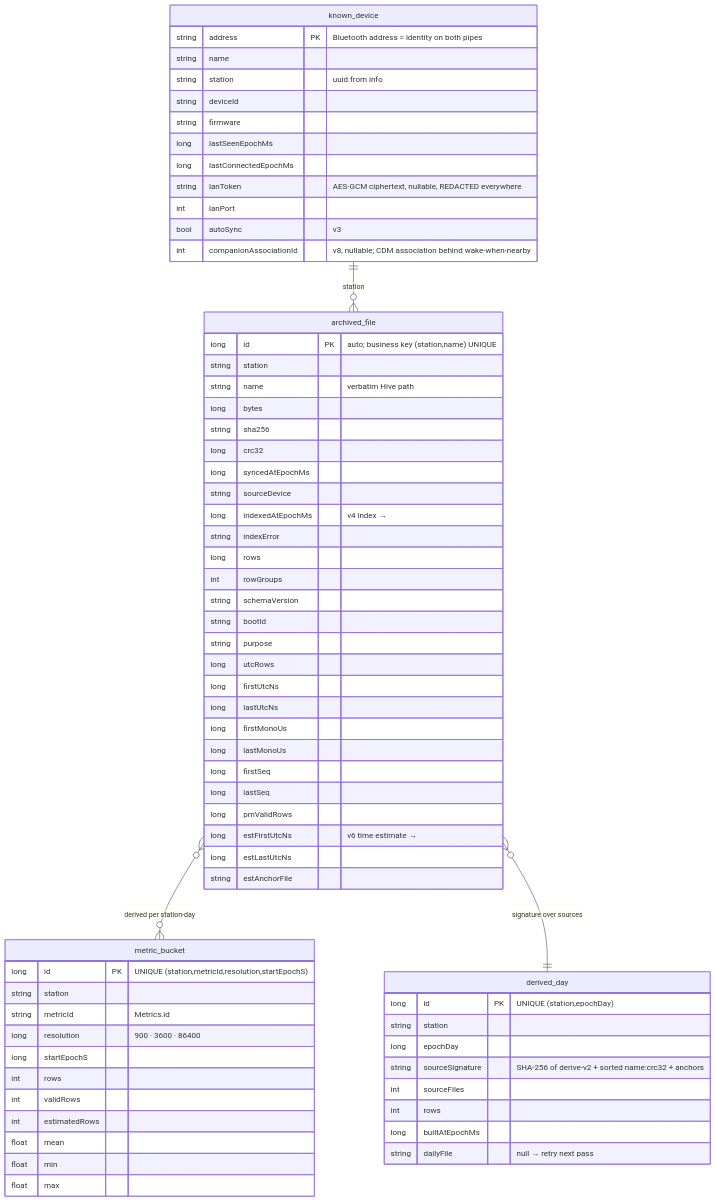
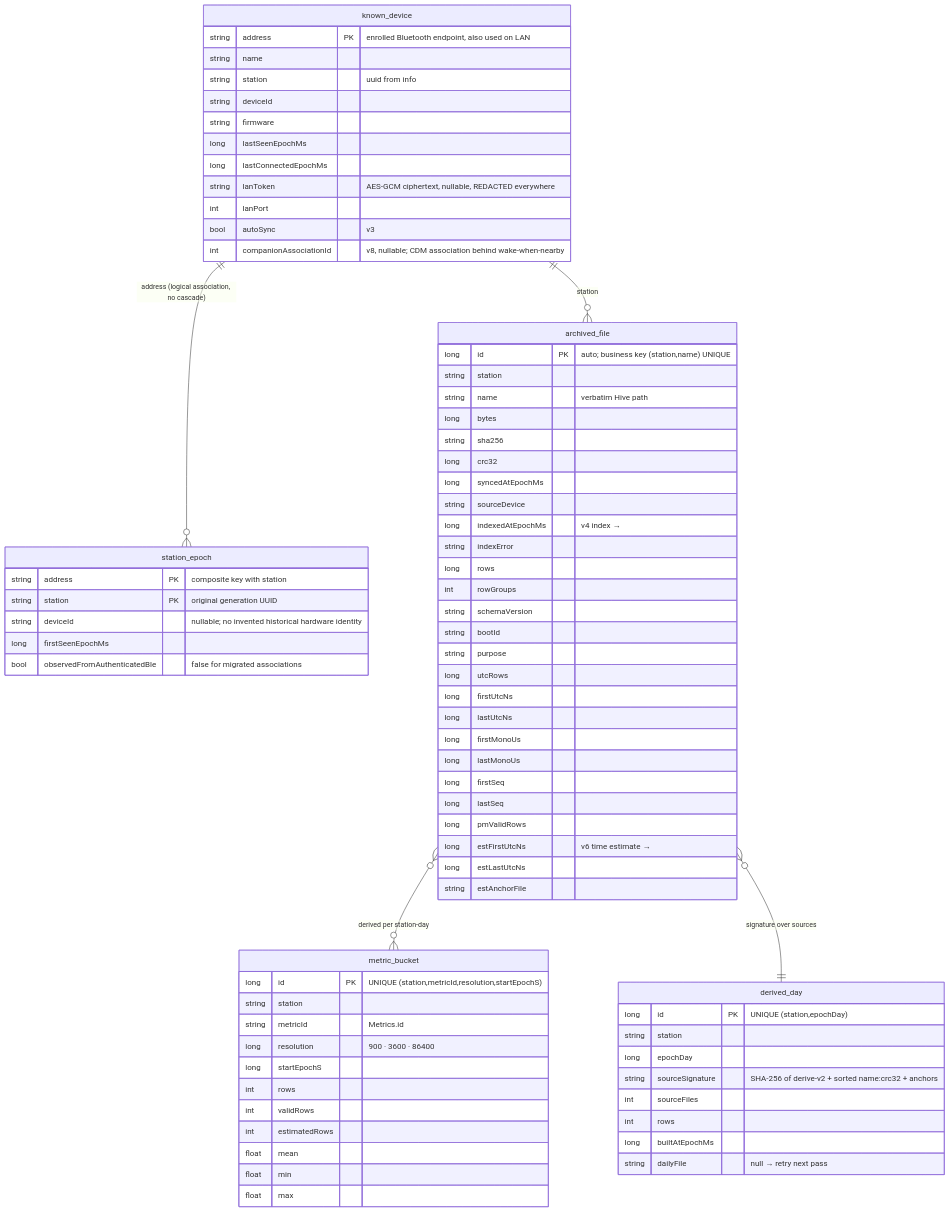
Before and after one commit to walkthru-earth/opensensor-space-mobile: the first of 2 diagrams in docs/data-model.md, drawn with Mermaid. The commit also changed other lines of this file and 74 other files, not shown here.

````diff
--- a/docs/data-model.md
+++ b/docs/data-model.md
@@ -9,70 +9,78 @@
 ```mermaid
 erDiagram
   known_device {
-    string address PK "Bluetooth address = identity on both pipes"
+    string address PK "enrolled Bluetooth endpoint, also used on LAN"
     string name
     string station "uuid from info"
     string deviceId
     string firmware
     long lastSeenEpochMs
     long lastConnectedEpochMs
     string lanToken "AES-GCM ciphertext, nullable, REDACTED everywhere"
     int lanPort
     bool autoSync "v3"
     int companionAssociationId "v8, nullable; CDM association behind wake-when-nearby"
+  }
+  station_epoch {
+    string address PK "composite key with station"
+    string station PK "original generation UUID"
+    string deviceId "nullable; no invented historical hardware identity"
+    long firstSeenEpochMs
+    bool observedFromAuthenticatedBle "false for migrated associations"
   }
   archived_file {
     long id PK "auto; business key (station,name) UNIQUE"
     string station
     string name "verbatim Hive path"
     long bytes
     string sha256
     long crc32
     long syncedAtEpochMs
     string sourceDevice
     long indexedAtEpochMs "v4 index →"
     string indexError
     long rows
     int rowGroups
     string schemaVersion
     string bootId
     string purpose
     long utcRows
     long firstUtcNs
     long lastUtcNs
     long firstMonoUs
     long lastMonoUs
     long firstSeq
     long lastSeq
     long pmValidRows
     long estFirstUtcNs "v6 time estimate →"
     long estLastUtcNs
     string estAnchorFile
   }
   metric_bucket {
     long id PK "UNIQUE (station,metricId,resolution,startEpochS)"
     string station
     string metricId "Metrics.id"
     long resolution "900 · 3600 · 86400"
     long startEpochS
     int rows
     int validRows
     int estimatedRows
     float mean
     float min
     float max
   }
   derived_day {
     long id PK "UNIQUE (station,epochDay)"
     string station
     long epochDay
     string sourceSignature "SHA-256 of derive-v2 + sorted name:crc32 + anchors"
     int sourceFiles
     int rows
     long builtAtEpochMs
     string dailyFile "null → retry next pass"
   }
   known_device ||--o{ archived_file : "station"
+  known_device ||--o{ station_epoch : "address (logical association, no cascade)"
   archived_file }o--o{ metric_bucket : "derived per station-day"
   archived_file }o--|| derived_day : "signature over sources"
 ```
````
